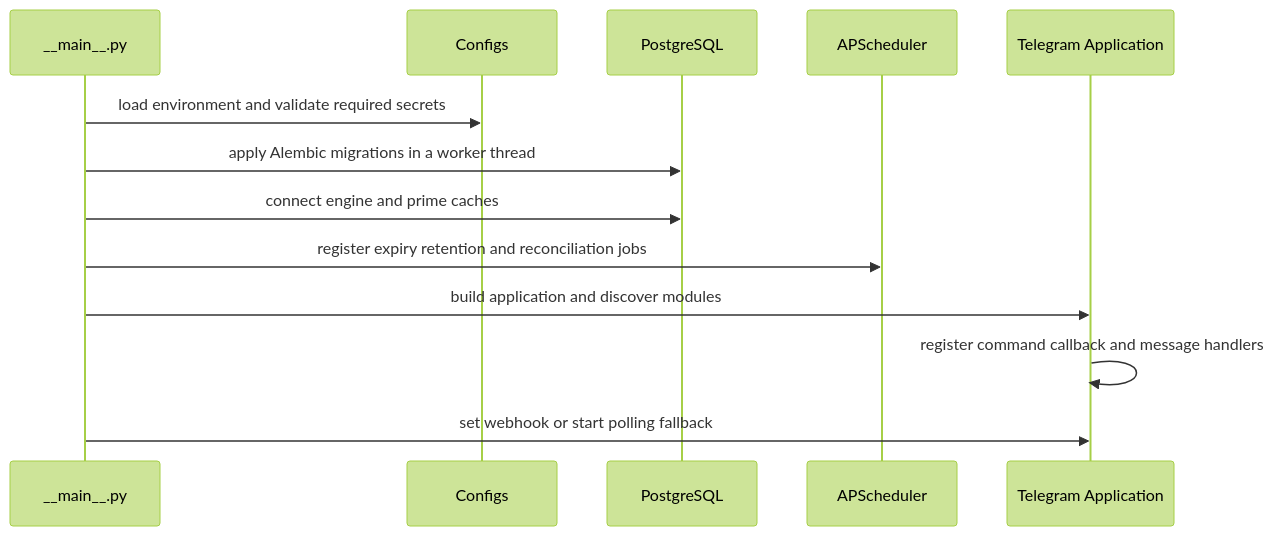
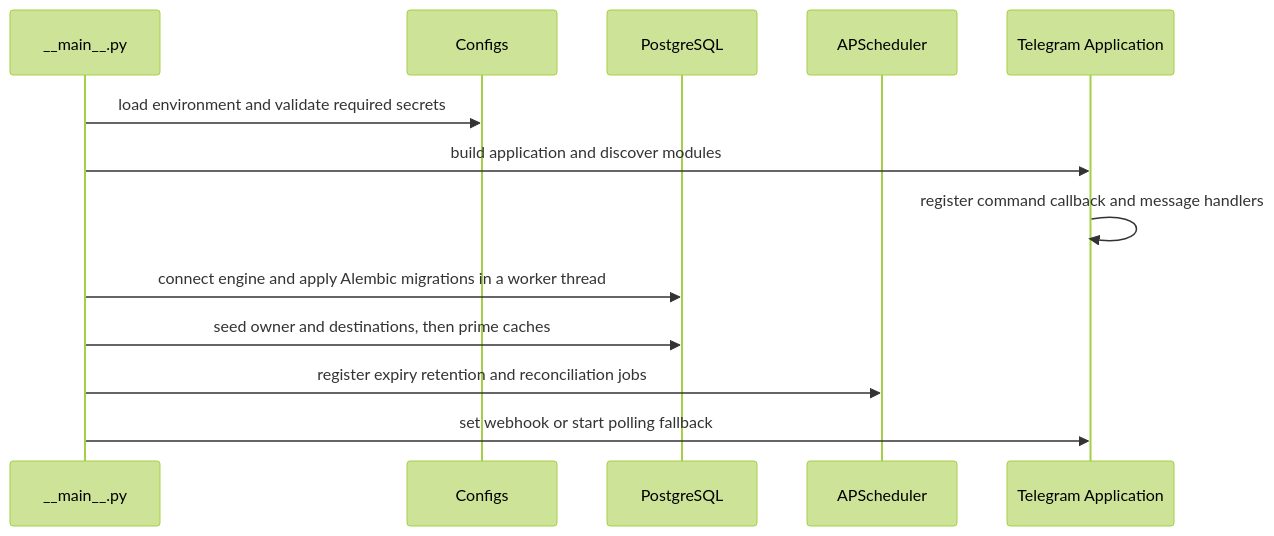
Before and after one commit to D1ZZY4/tcbot: the second of 4 diagrams in docs/flows/system.md, drawn with Mermaid (forest theme). The commit also changed 5 other files, not shown here.

````diff
--- a/docs/flows/system.md
+++ b/docs/flows/system.md
@@ -39,15 +39,15 @@
 ```mermaid
 sequenceDiagram
     participant Main as __main__.py
     participant Config as Configs
     participant DB as PostgreSQL
     participant Sched as APScheduler
     participant PTB as Telegram Application
     Main->>Config: load environment and validate required secrets
-    Main->>DB: apply Alembic migrations in a worker thread
-    Main->>DB: connect engine and prime caches
-    Main->>Sched: register expiry retention and reconciliation jobs
     Main->>PTB: build application and discover modules
     PTB->>PTB: register command callback and message handlers
+    Main->>DB: connect engine and apply Alembic migrations in a worker thread
+    Main->>DB: seed owner and destinations, then prime caches
+    Main->>Sched: register expiry retention and reconciliation jobs
     Main->>PTB: set webhook or start polling fallback
 ```
````
